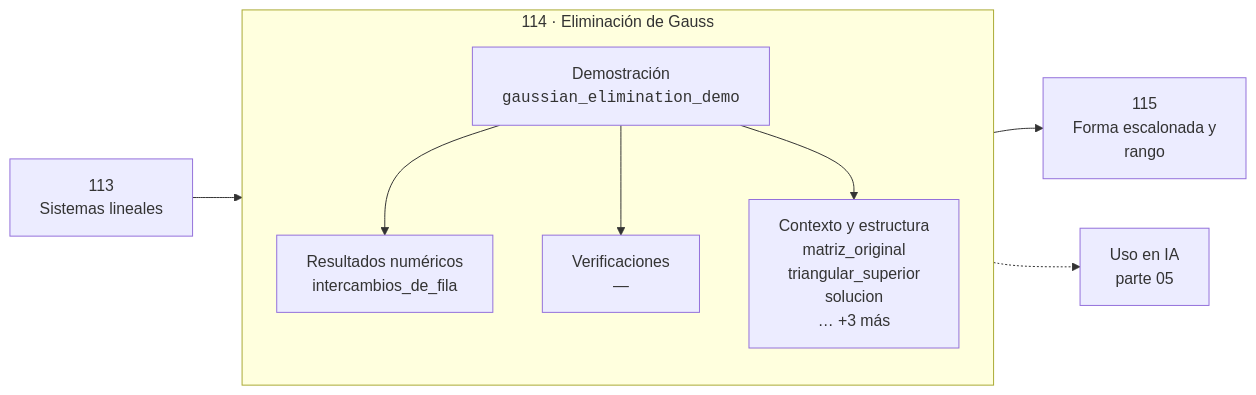
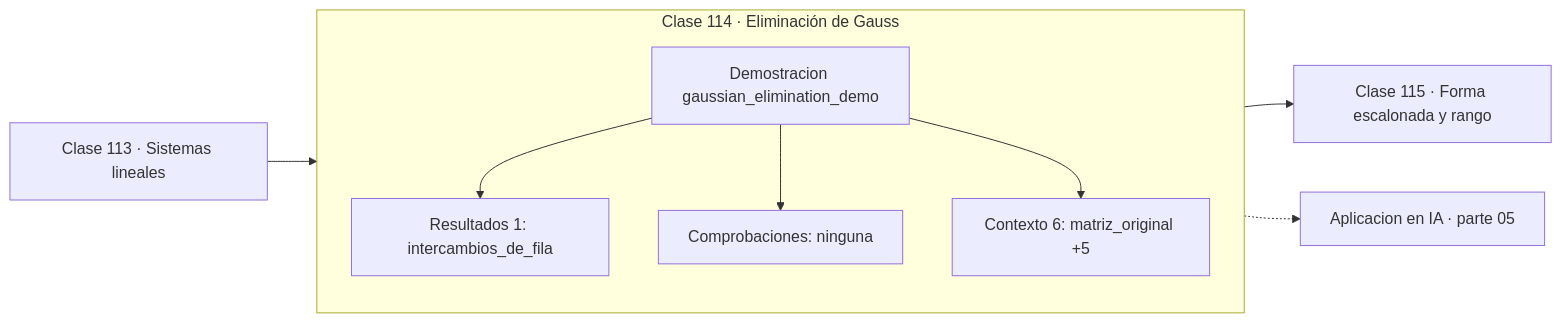
Before and after one commit to vladimiracunadev-create/computational-mathematics-program: the diagram in classes/part-05-algebra-lineal-i-vectores-y-matrices/114-eliminacion-de-gauss/README.md, drawn with Mermaid. The commit also changed 389 other files, not shown here.

First line of the commit message:
fix(diagramas): elimina el HTML de las etiquetas Mermaid

````diff
--- a/classes/part-05-algebra-lineal-i-vectores-y-matrices/114-eliminacion-de-gauss/README.md
+++ b/classes/part-05-algebra-lineal-i-vectores-y-matrices/114-eliminacion-de-gauss/README.md
@@ -30,12 +30,13 @@
 ```mermaid
 flowchart LR
-    P["113<br/>Sistemas lineales"] --> C
-    subgraph C["114 · Eliminación de Gauss"]
+    P["Clase 113 · Sistemas lineales"] --> D
+    subgraph CLASE["Clase 114 · Eliminación de Gauss"]
         direction TB
-        D["Demostración<br/><code>gaussian_elimination_demo</code>"] --> R["Resultados numéricos<br/>intercambios_de_fila"]
-        D --> V["Verificaciones<br/>—"]
-        D --> O["Contexto y estructura<br/>matriz_original<br/>triangular_superior<br/>solucion<br/>… +3 más"]
+        D["Demostracion gaussian_elimination_demo"]
+        D --> R["Resultados 1: intercambios_de_fila"]
+        D --> V["Comprobaciones: ninguna"]
+        D --> O["Contexto 6: matriz_original +5"]
     end
-    C --> N["115<br/>Forma escalonada y<br/>rango"]
-    C -.-> IA["Uso en IA<br/>parte 05"]
+    R --> N["Clase 115 · Forma escalonada y rango"]
+    V -.-> IA["Aplicacion en IA · parte 05"]
 ```
````
